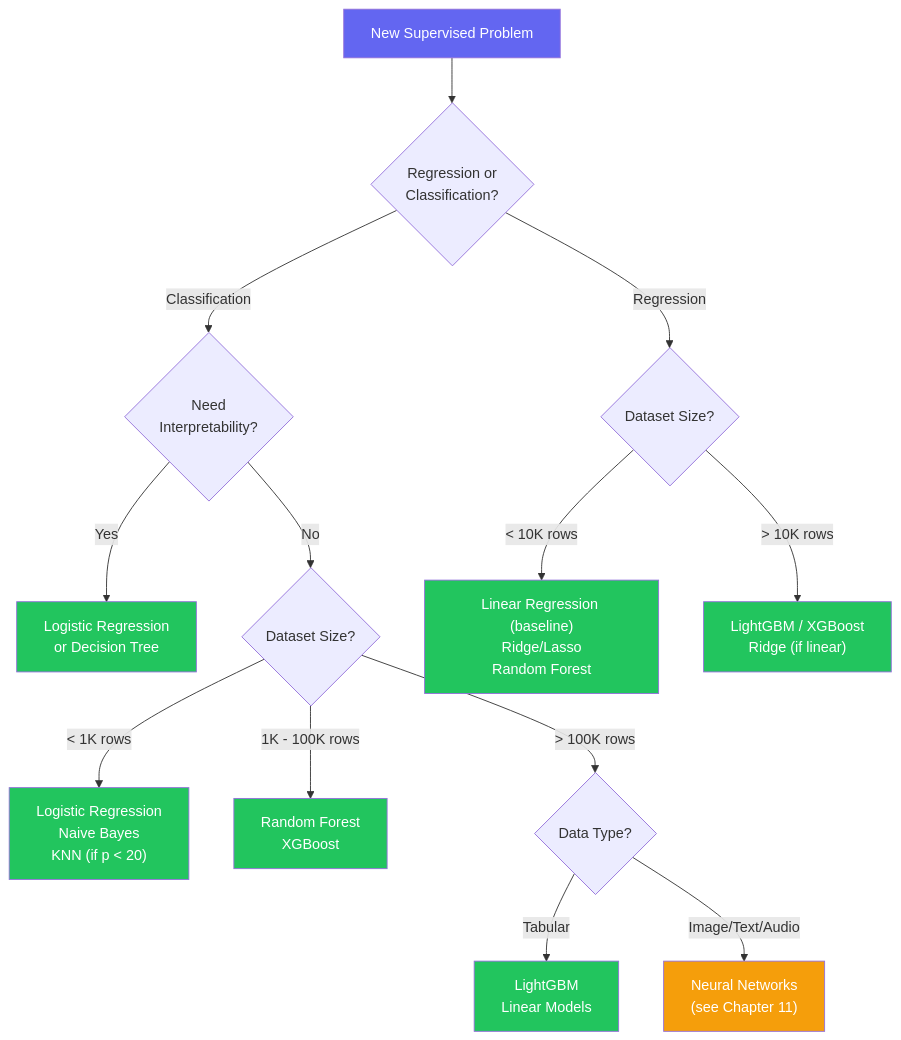
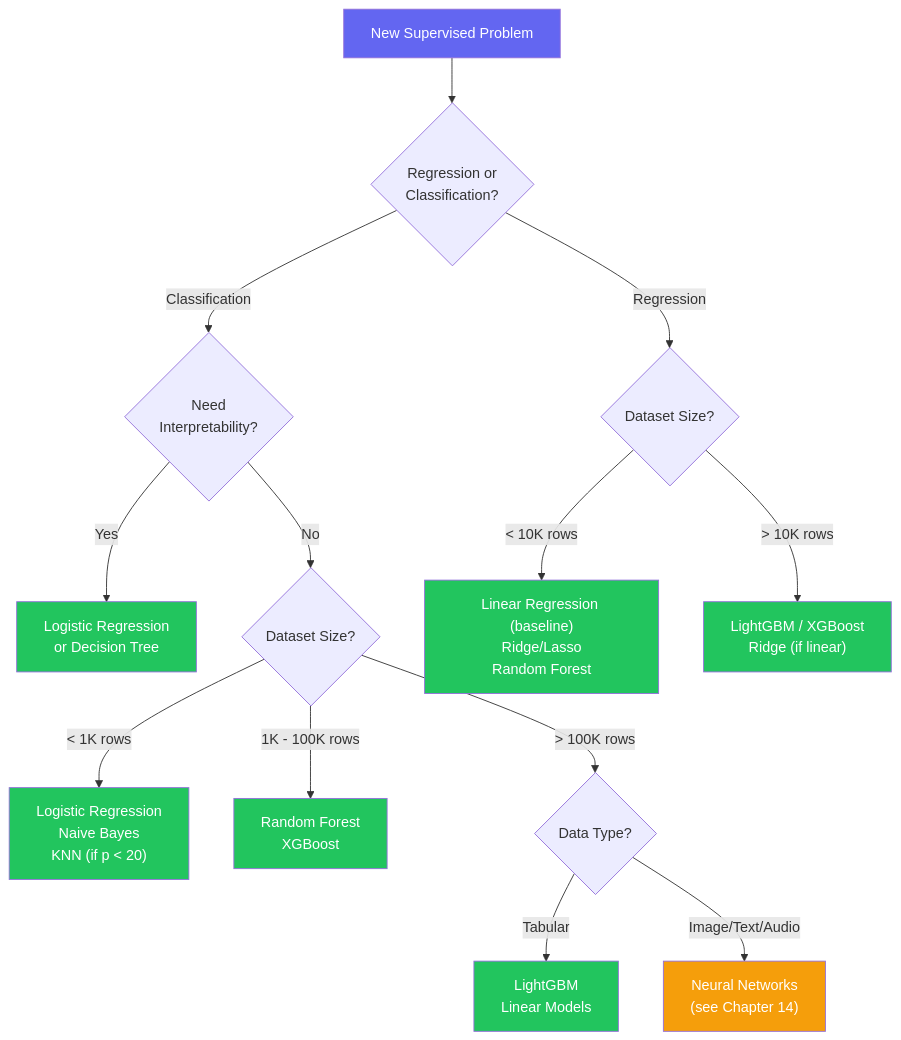
Before and after one commit to Hmago/ml4: the third of 4 diagrams in content/12_key_algorithms.md, drawn with Mermaid. The commit also changed other lines of this file and 27 other files, not shown here.

````diff
--- a/content/12_key_algorithms.md
+++ b/content/12_key_algorithms.md
@@ -1351,28 +1834,28 @@
 ```mermaid
 graph TD
     START["New Supervised Problem"] --> TYPE{"Regression or<br/>Classification?"}
     TYPE -->|Regression| REG_SIZE{"Dataset Size?"}
     TYPE -->|Classification| CLS_INTERP{"Need<br/>Interpretability?"}
 
     CLS_INTERP -->|Yes| CLS_INTERP_ALG["Logistic Regression<br/>or Decision Tree"]
     CLS_INTERP -->|No| CLS_SIZE{"Dataset Size?"}
 
     CLS_SIZE -->|"< 1K rows"| SMALL_CLS["Logistic Regression<br/>Naive Bayes<br/>KNN (if p < 20)"]
     CLS_SIZE -->|"1K - 100K rows"| MED_CLS["Random Forest<br/>XGBoost"]
     CLS_SIZE -->|"> 100K rows"| LARGE_CLS{"Data Type?"}
 
     LARGE_CLS -->|Tabular| LARGE_TAB["LightGBM<br/>Linear Models"]
-    LARGE_CLS -->|"Image/Text/Audio"| LARGE_UNSTRUCT["Neural Networks<br/>(see Chapter 11)"]
+    LARGE_CLS -->|"Image/Text/Audio"| LARGE_UNSTRUCT["Neural Networks<br/>(see Chapter 14)"]
 
     REG_SIZE -->|"< 10K rows"| SMALL_REG["Linear Regression (baseline)<br/>Ridge/Lasso<br/>Random Forest"]
     REG_SIZE -->|"> 10K rows"| LARGE_REG["LightGBM / XGBoost<br/>Ridge (if linear)"]
 
     style START fill:#6366f1,color:#fff
     style CLS_INTERP_ALG fill:#22c55e,color:#fff
     style SMALL_CLS fill:#22c55e,color:#fff
     style MED_CLS fill:#22c55e,color:#fff
     style LARGE_TAB fill:#22c55e,color:#fff
     style LARGE_UNSTRUCT fill:#f59e0b,color:#fff
     style SMALL_REG fill:#22c55e,color:#fff
     style LARGE_REG fill:#22c55e,color:#fff
 ```
````
